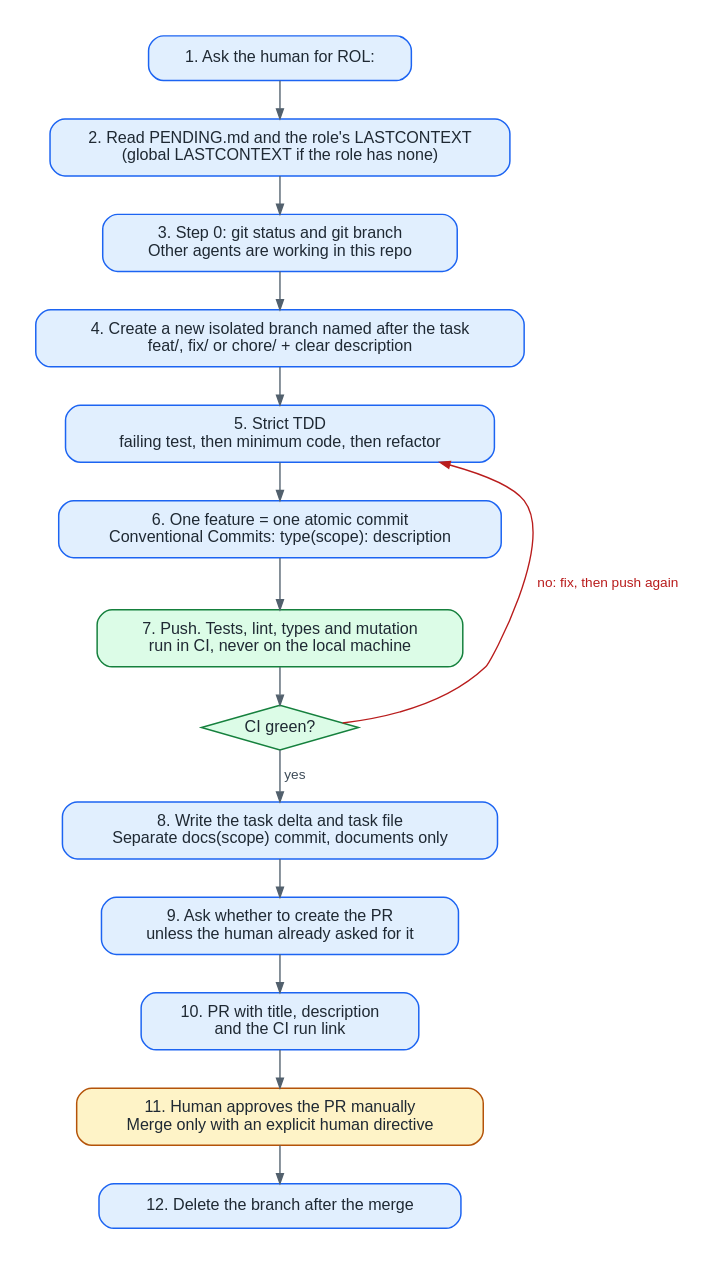
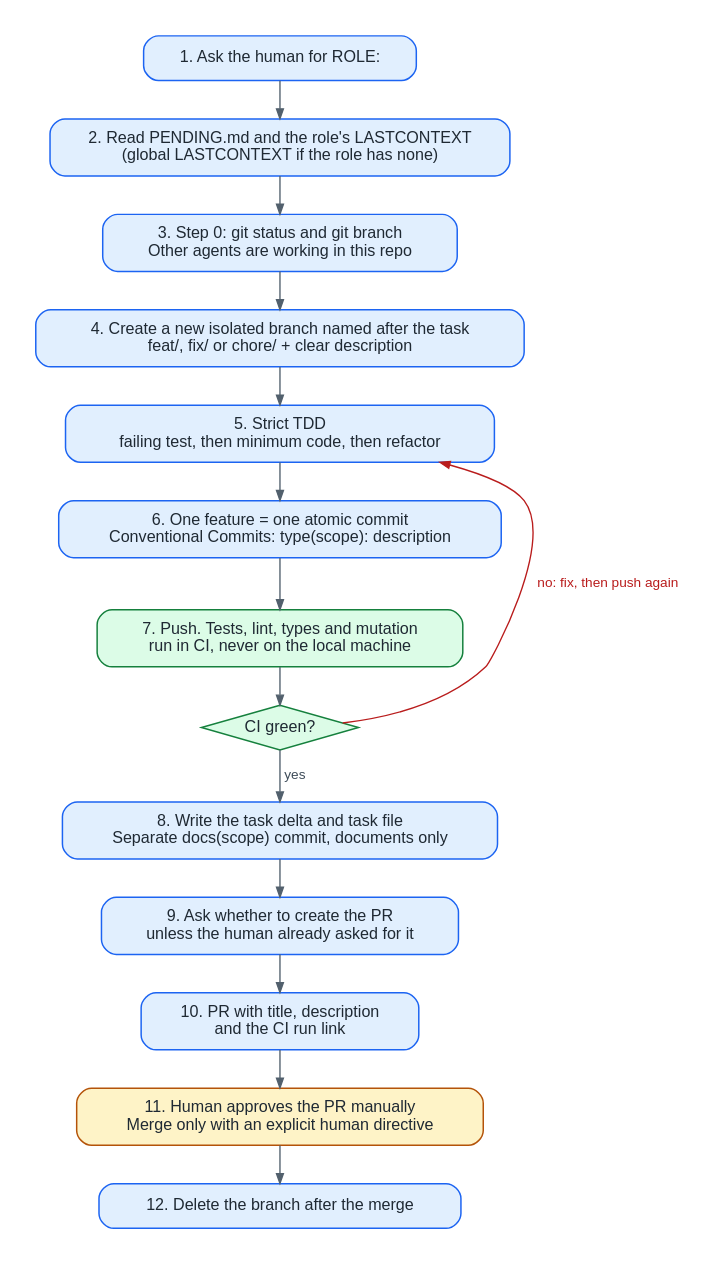
Before and after one commit to agustindiazcano/afaw-anti-fragile-agentic-workflow: the diagram in docs/diagrams/02-task-lifecycle.dot, drawn with Graphviz. The commit also changed 9 other files, not shown here.

Commit message:
docs(rules): rename ROL to ROLE in instructions and diagrams

```diff
--- a/docs/diagrams/02-task-lifecycle.dot
+++ b/docs/diagrams/02-task-lifecycle.dot
@@ -1,32 +1,32 @@
 digraph task_lifecycle {
   graph [fontname="Helvetica", fontsize=13, bgcolor="white", pad=0.3, nodesep=0.5, ranksep=0.42, splines=true, rankdir=TB];
   node  [shape=box, style="rounded,filled", fontname="Helvetica", fontsize=13, color="#1c64f2", fillcolor="#e1effe", fontcolor="#1f2933", penwidth=1.2, margin="0.25,0.12"];
   edge  [fontname="Helvetica", fontsize=11, color="#52606d", fontcolor="#3e4c59", arrowsize=0.8, penwidth=1.1];
 
-  s1  [label="1. Ask the human for ROL:"];
+  s1  [label="1. Ask the human for ROLE:"];
   s2  [label="2. Read PENDING.md and the role's LASTCONTEXT\n(global LASTCONTEXT if the role has none)"];
   s3  [label="3. Step 0: git status and git branch\nOther agents are working in this repo"];
   s4  [label="4. Create a new isolated branch named after the task\nfeat/, fix/ or chore/ + clear description"];
   s5  [label="5. Strict TDD\nfailing test, then minimum code, then refactor"];
   s6  [label="6. One feature = one atomic commit\nConventional Commits: type(scope): description"];
 
   node [fillcolor="#dcfce7", color="#15803d"];
   s7  [label="7. Push. Tests, lint, types and mutation\nrun in CI, never on the local machine"];
   d1  [shape=diamond, style="filled", margin="0.05,0.05", label="CI green?"];
 
   node [fillcolor="#e1effe", color="#1c64f2"];
   s8  [label="8. Write the task delta and task file\nSeparate docs(scope) commit, documents only"];
   s9  [label="9. Ask whether to create the PR\nunless the human already asked for it"];
   s10 [label="10. PR with title, description\nand the CI run link"];
 
   node [fillcolor="#fef3c7", color="#b45309"];
   s11 [label="11. Human approves the PR manually\nMerge only with an explicit human directive"];
 
   node [fillcolor="#e1effe", color="#1c64f2"];
   s12 [label="12. Delete the branch after the merge"];
 
   s1 -> s2 -> s3 -> s4 -> s5 -> s6 -> s7 -> d1;
   d1 -> s5 [label=" no: fix, then push again", constraint=false, color="#b91c1c", fontcolor="#b91c1c"];
   d1 -> s8 [label=" yes"];
   s8 -> s9 -> s10 -> s11 -> s12;
 }
```
